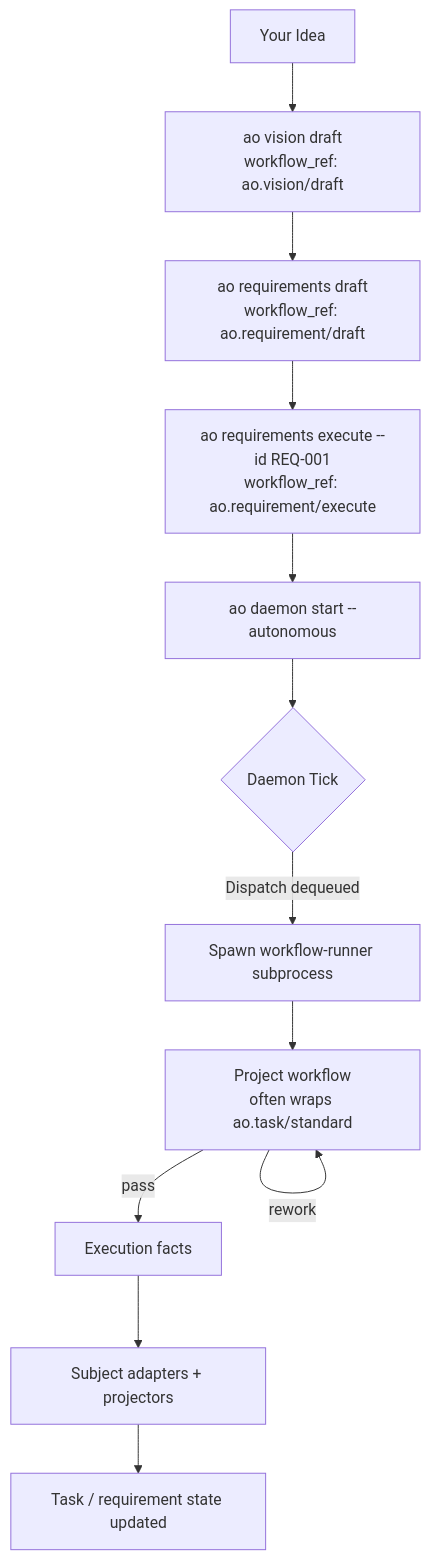
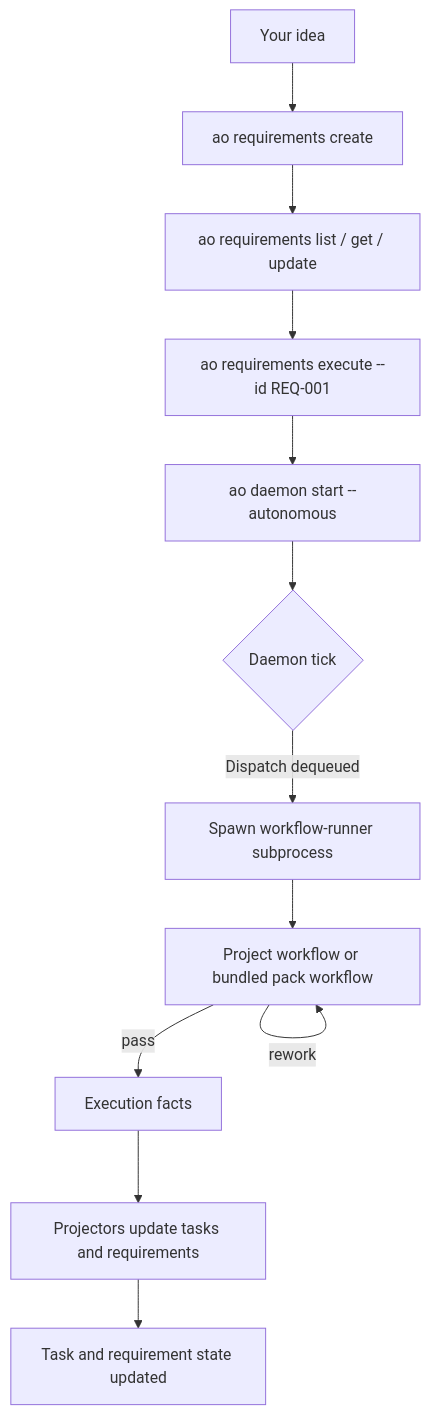
The diagram in docs/getting-started/typical-day.md (renakdata17/animus-cli), drawn with Mermaid before and after one commit. The commit also changed other lines of this file and 28 other files, not shown here.

````diff
--- a/docs/getting-started/typical-day.md
+++ b/docs/getting-started/typical-day.md
@@ -8,16 +8,16 @@
 ```mermaid
 flowchart TB
-    IDEA["Your Idea"]
-    --> VISION["ao vision draft<br/>workflow_ref: ao.vision/draft"]
-    --> REQS["ao requirements draft<br/>workflow_ref: ao.requirement/draft"]
-    --> EXECUTE["ao requirements execute --id REQ-001<br/>workflow_ref: ao.requirement/execute"]
+    IDEA["Your idea"]
+    --> REQUIREMENT["ao requirements create"]
+    --> REVIEW["ao requirements list / get / update"]
+    --> EXECUTE["ao requirements execute --id REQ-001"]
     --> DAEMON["ao daemon start --autonomous"]
 
-    DAEMON --> LOOP{"Daemon Tick"}
+    DAEMON --> LOOP{"Daemon tick"}
     LOOP -->|"Dispatch dequeued"| RUNNER["Spawn workflow-runner subprocess"]
-    RUNNER --> PIPELINE["Project workflow<br/>often wraps ao.task/standard"]
+    RUNNER --> PIPELINE["Project workflow or bundled pack workflow"]
     PIPELINE -->|"pass"| FACTS["Execution facts"]
     PIPELINE -->|"rework"| PIPELINE
-    FACTS --> PROJECTORS["Subject adapters + projectors"]
-    PROJECTORS --> DONE["Task / requirement state updated"]
+    FACTS --> PROJECTORS["Projectors update tasks and requirements"]
+    PROJECTORS --> DONE["Task and requirement state updated"]
 ```
````
